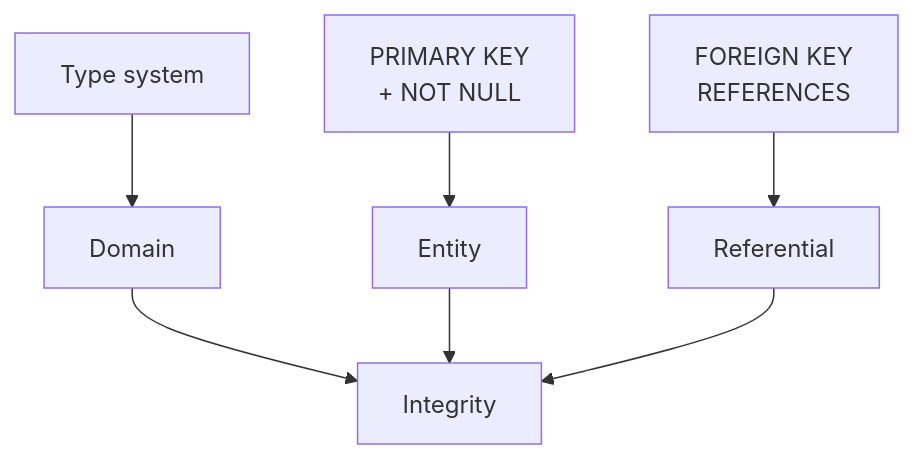
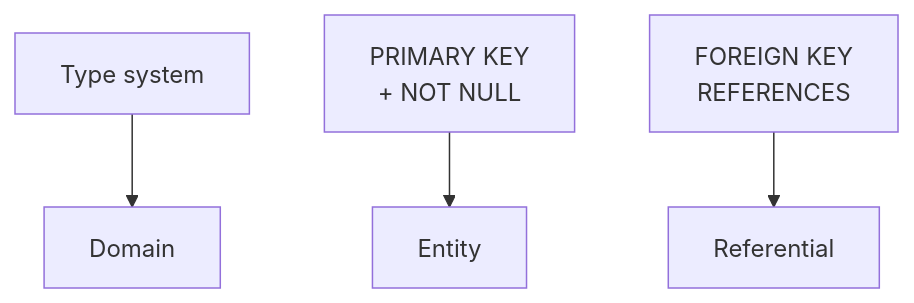
The second of 7 diagrams in lecture-outlines/day3-relational-model/slides.md (ufdatastudio/cop5725fa26), drawn with Mermaid before and after one commit. The commit also changed other lines of this file and 50 other files, not shown here.

````diff
--- a/lecture-outlines/day3-relational-model/slides.md
+++ b/lecture-outlines/day3-relational-model/slides.md
@@ -217,9 +232,6 @@
 ```mermaid
 graph TD
   T["Type system"] --> D["Domain"]
   PK["PRIMARY KEY<br/>+ NOT NULL"] --> E["Entity"]
   FK["FOREIGN KEY<br/>REFERENCES"] --> R["Referential"]
-  D --> I["Integrity"]
-  E --> I
-  R --> I
 ```
````
